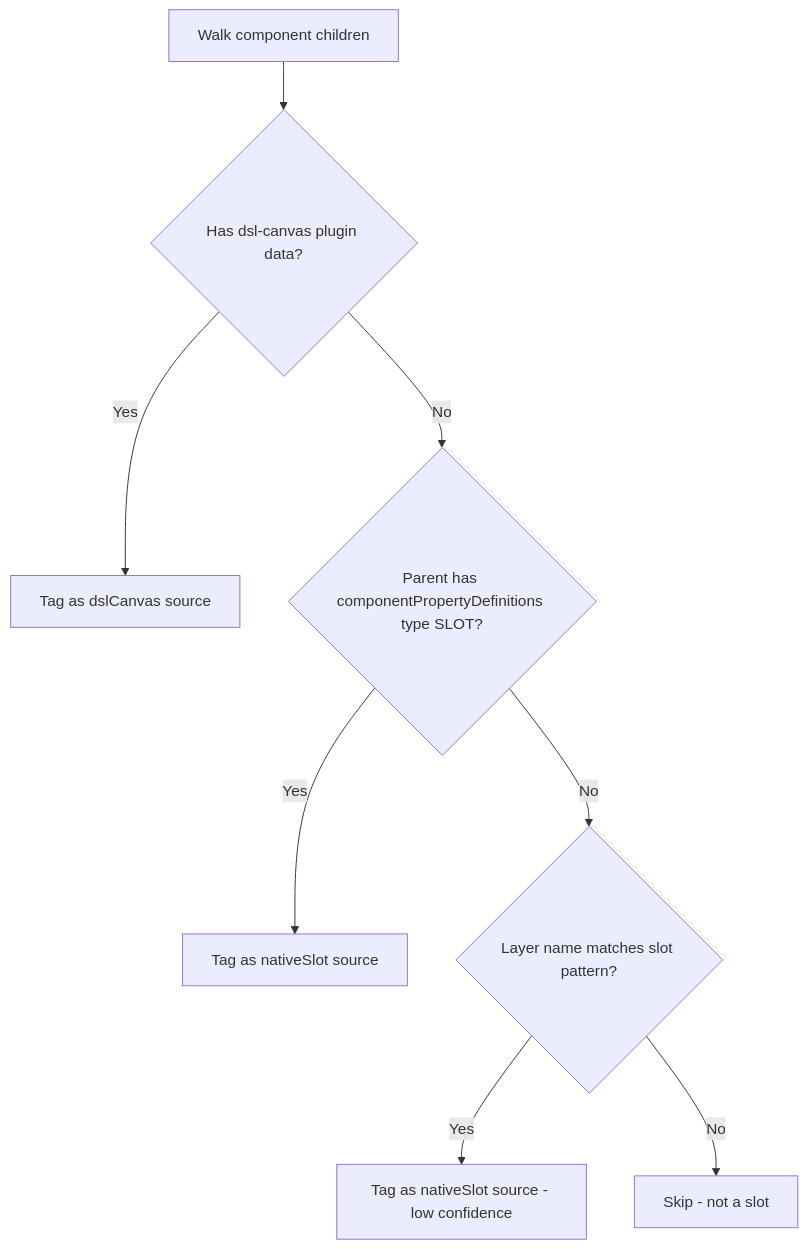
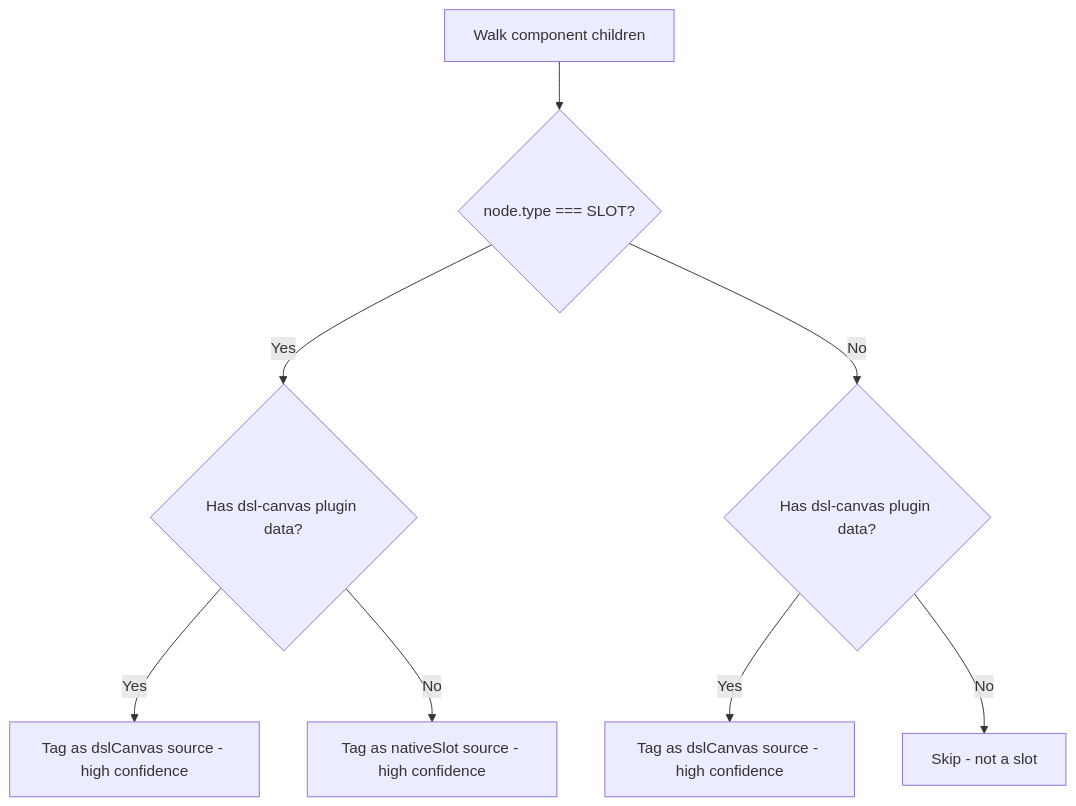
Before and after one commit to TETRA2000/figma-component-dsl: the fourth of 5 diagrams in .kiro/specs/canvas-component/design.md, drawn with Mermaid. The commit also changed other lines of this file and 2 other files, not shown here.

First line of the commit message:
Update design with confirmed SLOT node type from real export data

````diff
--- a/.kiro/specs/canvas-component/design.md
+++ b/.kiro/specs/canvas-component/design.md
@@ -151,10 +152,10 @@
 ```mermaid
 flowchart TD
-    A[Walk component children] --> B{Has dsl-canvas plugin data?}
-    B -->|Yes| C[Tag as dslCanvas source]
-    B -->|No| D{Parent has componentPropertyDefinitions type SLOT?}
-    D -->|Yes| E[Tag as nativeSlot source]
-    D -->|No| F{Layer name matches slot pattern?}
-    F -->|Yes| G[Tag as nativeSlot source - low confidence]
+    A[Walk component children] --> B{node.type === SLOT?}
+    B -->|Yes| C{Has dsl-canvas plugin data?}
+    C -->|Yes| D[Tag as dslCanvas source - high confidence]
+    C -->|No| E[Tag as nativeSlot source - high confidence]
+    B -->|No| F{Has dsl-canvas plugin data?}
+    F -->|Yes| G[Tag as dslCanvas source - high confidence]
     F -->|No| H[Skip - not a slot]
 ```
````
